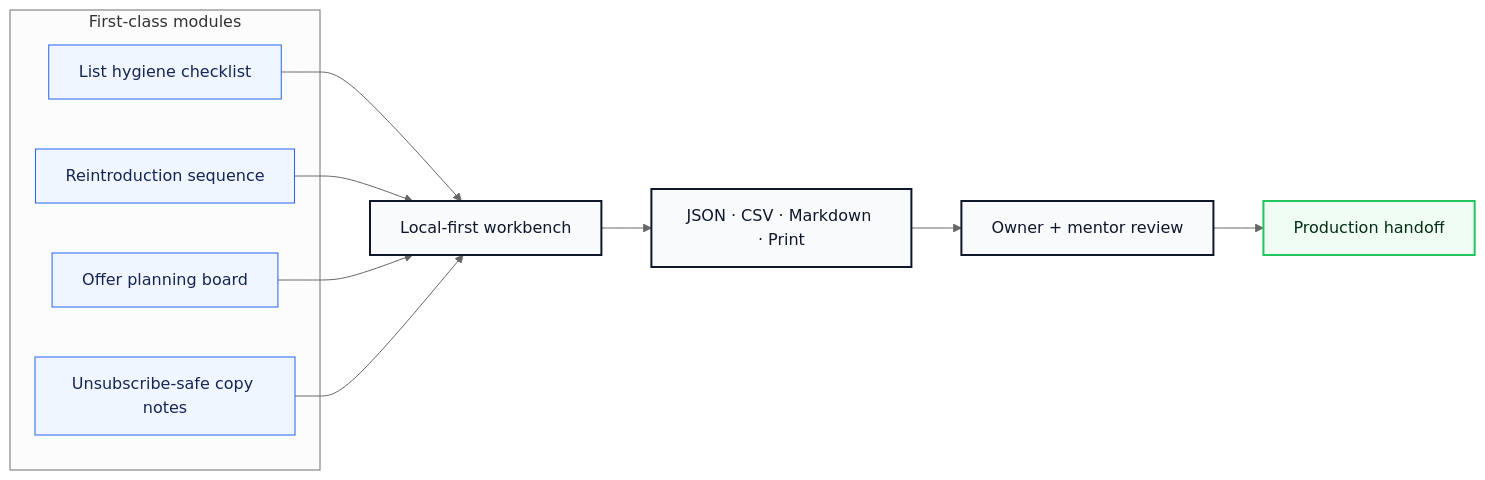
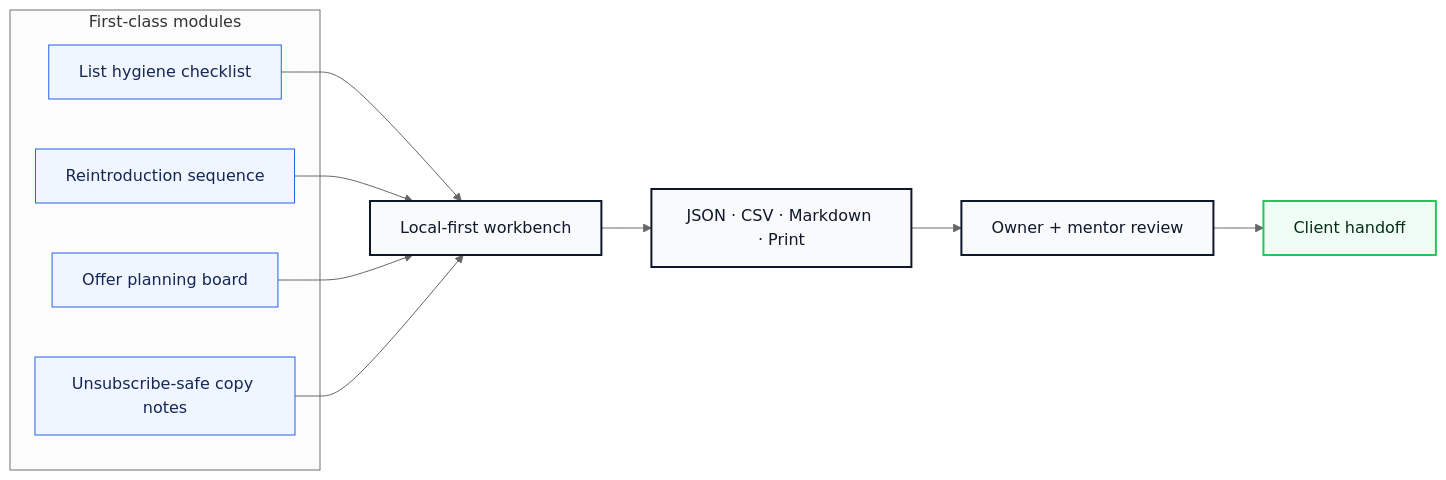
Before and after one commit to volta-npo/email-revival-kit: the second of 3 diagrams in README.md, drawn with Mermaid (neutral theme). The commit also changed other lines of this file and 28 other files, not shown here.

````diff
--- a/README.md
+++ b/README.md
@@ -64,23 +64,23 @@
 ```mermaid
 flowchart LR
     subgraph Modules["First-class modules"]
         M1["List hygiene checklist"]
         M2["Reintroduction sequence"]
         M3["Offer planning board"]
         M4["Unsubscribe-safe copy notes"]
     end
     M1 --> Workbench
     M2 --> Workbench
     M3 --> Workbench
     M4 --> Workbench
     Workbench["Local-first workbench"] --> Exports["JSON · CSV · Markdown · Print"]
     Exports --> Review["Owner + mentor review"]
-    Review --> Launch["Production handoff"]
+    Review --> Launch["Client handoff"]
 
     classDef module fill:#eff6ff,stroke:#2563eb,color:#172554;
     classDef app fill:#f8fafc,stroke:#0f172a,color:#0f172a,stroke-width:2px;
     classDef launch fill:#f0fdf4,stroke:#22c55e,color:#052e16,stroke-width:2px;
     class M1,M2,M3,M4 module;
     class Workbench,Exports,Review app;
     class Launch launch;
 ```
````
